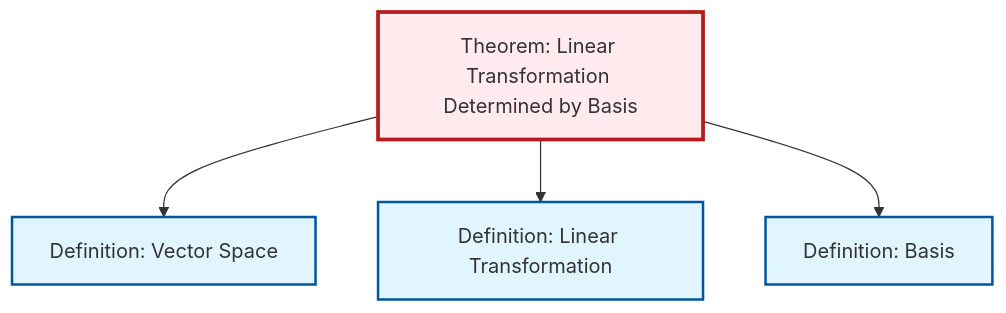
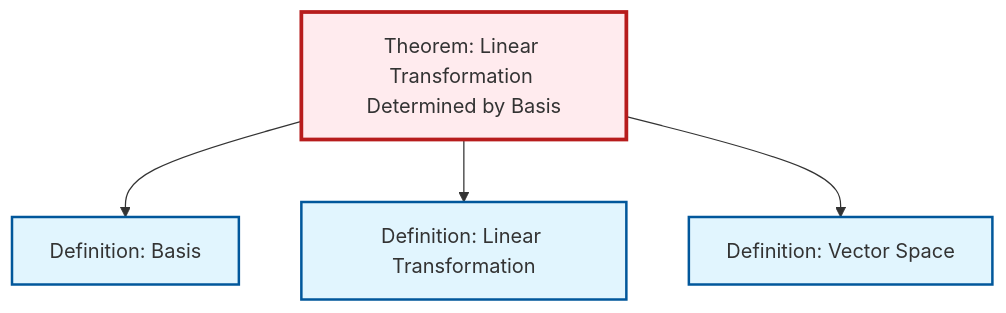
One commit to RK0429/ModernMath changed the diagram in content/en/algebra/thm-linear-transformation-basis.qmd. Above: the diagram before and after it, drawn with Mermaid. The commit also changed other lines of this file and 417 other files, not shown here.

````diff
--- a/content/en/algebra/thm-linear-transformation-basis.qmd
+++ b/content/en/algebra/thm-linear-transformation-basis.qmd
@@ -47,20 +47,20 @@
 ```{mermaid}
 %%| fig-cap: "Local dependency graph"
 graph TD
     classDef definition fill:#e1f5fe,stroke:#01579b,stroke-width:2px
     classDef theorem fill:#f3e5f5,stroke:#4a148c,stroke-width:2px
     classDef axiom fill:#fff3e0,stroke:#e65100,stroke-width:2px
     classDef example fill:#e8f5e9,stroke:#1b5e20,stroke-width:2px
     classDef current fill:#ffebee,stroke:#b71c1c,stroke-width:3px
     def-basis["Definition: Basis"]:::definition
+    def-linear-transformation["Definition: Linear Transformation"]:::definition
     def-vector-space["Definition: Vector Space"]:::definition
-    def-linear-transformation["Definition: Linear Transformation"]:::definition
     thm-linear-transformation-basis["Theorem: Linear Transformation Determined by Basis"]:::theorem
+    thm-linear-transformation-basis --> def-basis
+    thm-linear-transformation-basis --> def-linear-transformation
     thm-linear-transformation-basis --> def-vector-space
-    thm-linear-transformation-basis --> def-linear-transformation
-    thm-linear-transformation-basis --> def-basis
     class thm-linear-transformation-basis current
     click def-basis "def-basis.html" "Go to Basis definition"
+    click def-linear-transformation "def-linear-transformation.html" "Go to Linear Transformation definition"
     click def-vector-space "def-vector-space.html" "Go to Vector Space definition"
-    click def-linear-transformation "def-linear-transformation.html" "Go to Linear Transformation definition"
 ```
````
